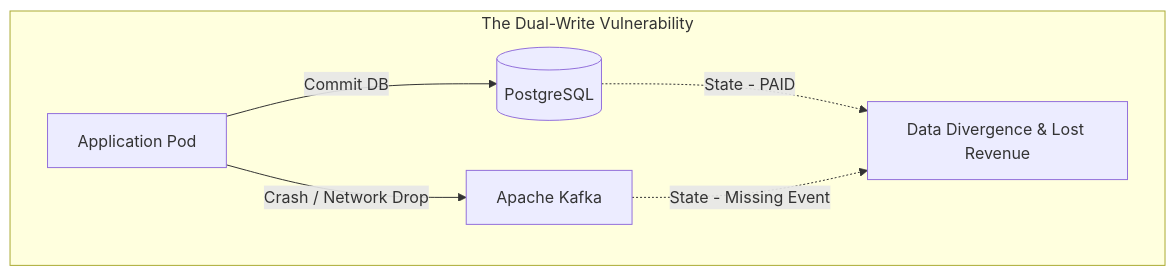
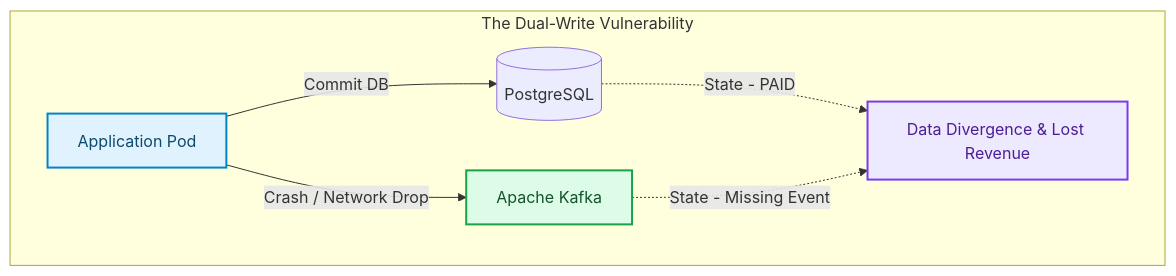
Before and after one commit to akmalkhaniub/akmalkhaniub.github.io: the third of 5 diagrams in blog/posts/7-fatal-microservices-gotchas-uber-netflix-discord-aws.md, drawn with Mermaid. The commit also changed other lines of this file and 1291 other files, not shown here.

First line of the commit message:
feat(catalog): unique covers, scholarly references, and diagram palettes

````diff
--- a/blog/posts/7-fatal-microservices-gotchas-uber-netflix-discord-aws.md
+++ b/blog/posts/7-fatal-microservices-gotchas-uber-netflix-discord-aws.md
@@ -93,9 +104,18 @@
 ```mermaid
 flowchart TD
   subgraph SG2_TheDualWrite ["The Dual-Write Vulnerability"]
-    App[Application Pod] -->|Commit DB| DB[(PostgreSQL)]
-    App -->|Crash / Network Drop| Kafka[Apache Kafka]
-    DB -.->|State - PAID| Desync[Data Divergence & Lost Revenue]
+    App["Application Pod"] -->|Commit DB| DB[(PostgreSQL)]
+    App -->|Crash / Network Drop| Kafka["Apache Kafka"]
+    DB -.->|State - PAID| Desync["Data Divergence & Lost Revenue"]
     Kafka -.->|State - Missing Event| Desync
   end
+
+classDef green fill:#dcfce7,stroke:#16a34a,stroke-width:2px,color:#14532d;
+classDef red fill:#fee2e2,stroke:#dc2626,stroke-width:2px,color:#7f1d1d;
+classDef blue fill:#e0f2fe,stroke:#0284c7,stroke-width:2px,color:#0c4a6e;
+classDef yellow fill:#fef3c7,stroke:#d97706,stroke-width:2px,color:#78350f;
+classDef purple fill:#ede9fe,stroke:#7c3aed,stroke-width:2px,color:#4c1d95;
+class App blue
+class Kafka green
+class Desync purple
 ```
````
